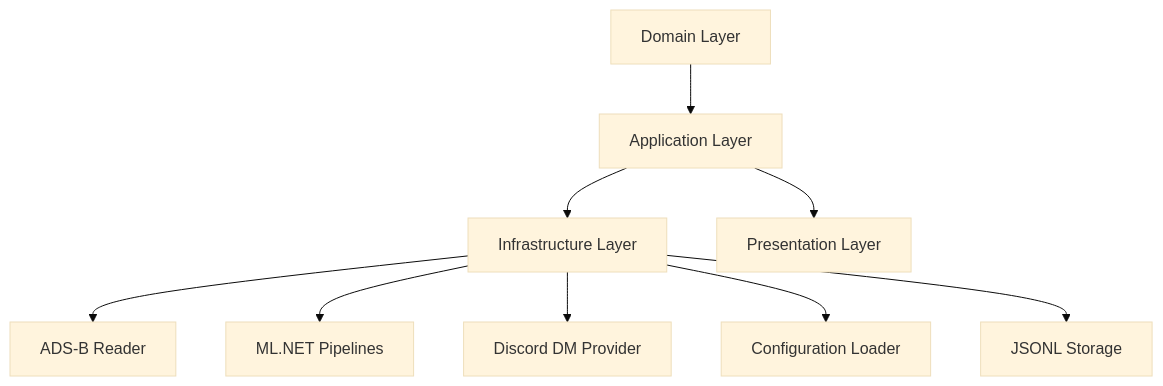
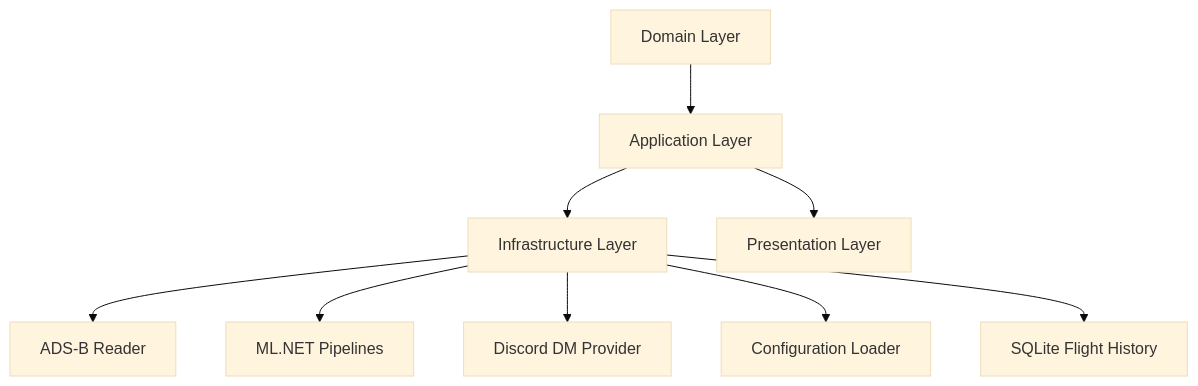
One commit to supernachos57/sky_pattern_hunter changed the fourth of 7 diagrams in docs/architecture/living-architecture.md. Above: the diagram before and after it, drawn with Mermaid (base theme). The commit also changed other lines of this file and 16 other files, not shown here.

Commit message:
Add SQLite flight history (#50)

````diff
--- a/docs/architecture/living-architecture.md
+++ b/docs/architecture/living-architecture.md
@@ -109,12 +109,12 @@
 ```mermaid
 flowchart TD
     Domain["Domain Layer"] --> Application["Application Layer"]
     Application --> Infrastructure["Infrastructure Layer"]
     Application --> Presentation["Presentation Layer"]
 
     Infrastructure --> ADSB["ADS-B Reader"]
     Infrastructure --> ML["ML.NET Pipelines"]
     Infrastructure --> Discord["Discord DM Provider"]
     Infrastructure --> Config["Configuration Loader"]
-    Infrastructure --> Storage["JSONL Storage"]
+    Infrastructure --> Storage["SQLite Flight History"]
 ```
````
